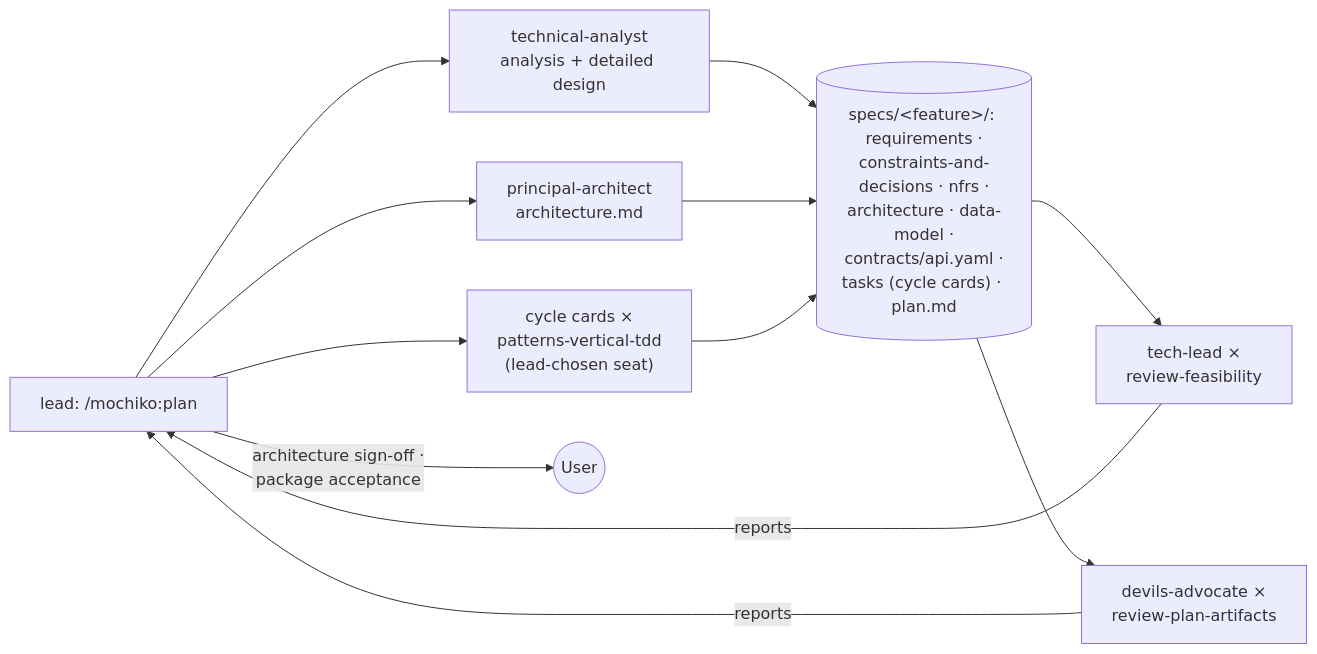
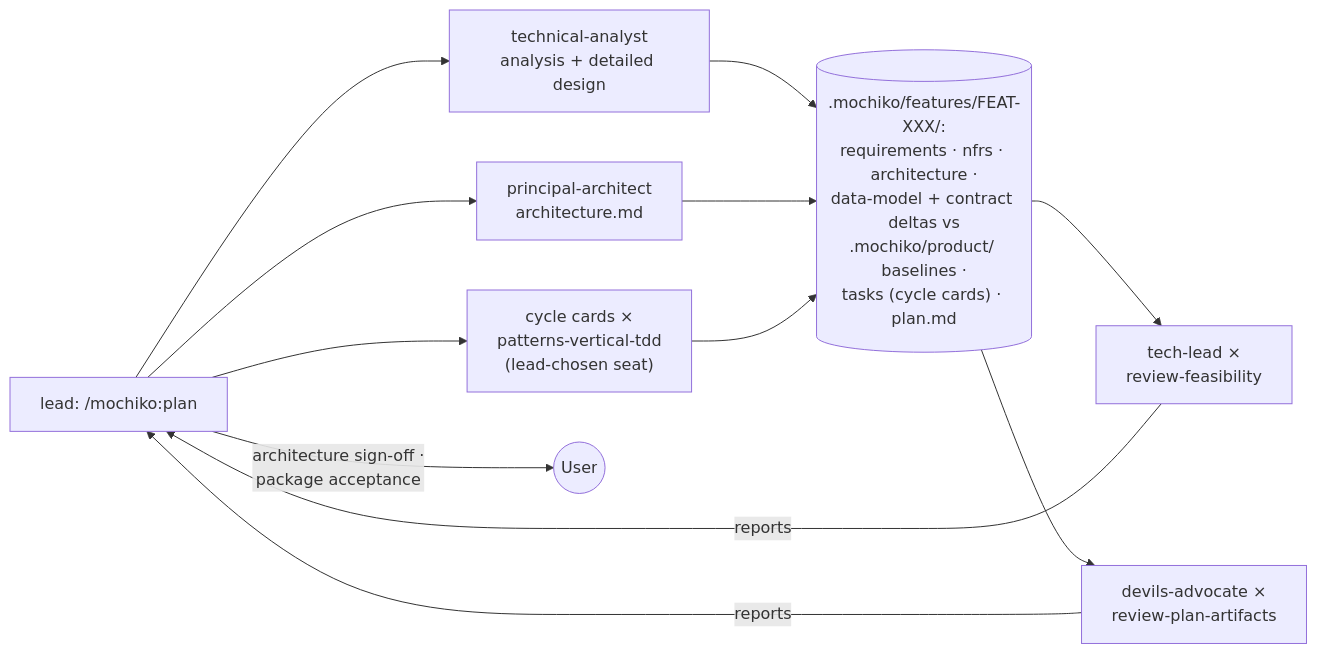
Before and after one commit to humaninloop-dev/mochiko: the sixth of 7 diagrams in ARCHITECTURE.md, drawn with Mermaid. The commit also changed other lines of this file and 30 other files, not shown here.

First line of the commit message:
Capability map rebuild and desk charter

````diff
--- a/ARCHITECTURE.md
+++ b/ARCHITECTURE.md
@@ -215,14 +222,14 @@
 ```mermaid
 flowchart LR
   lead["lead: /mochiko:plan"]
   ta["technical-analyst<br/>analysis + detailed design"]
   sa["principal-architect<br/>architecture.md"]
   cards["cycle cards ×<br/>patterns-vertical-tdd<br/>(lead-chosen seat)"]
   feas["tech-lead ×<br/>review-feasibility"]
   comp["devils-advocate ×<br/>review-plan-artifacts"]
   lead --> ta & sa & cards
-  ta & sa & cards --> pkg[("specs/&lt;feature&gt;/: requirements ·<br/>constraints-and-decisions · nfrs ·<br/>architecture · data-model ·<br/>contracts/api.yaml ·<br/>tasks (cycle cards) · plan.md")]
+  ta & sa & cards --> pkg[(".mochiko/features/FEAT-XXX/:<br/>requirements · nfrs · architecture ·<br/>data-model + contract deltas vs<br/>.mochiko/product/ baselines ·<br/>tasks (cycle cards) · plan.md")]
   pkg --> feas & comp
   feas & comp -->|"reports"| lead
   lead -->|"architecture sign-off ·<br/>package acceptance"| user(("User"))
 ```
````
